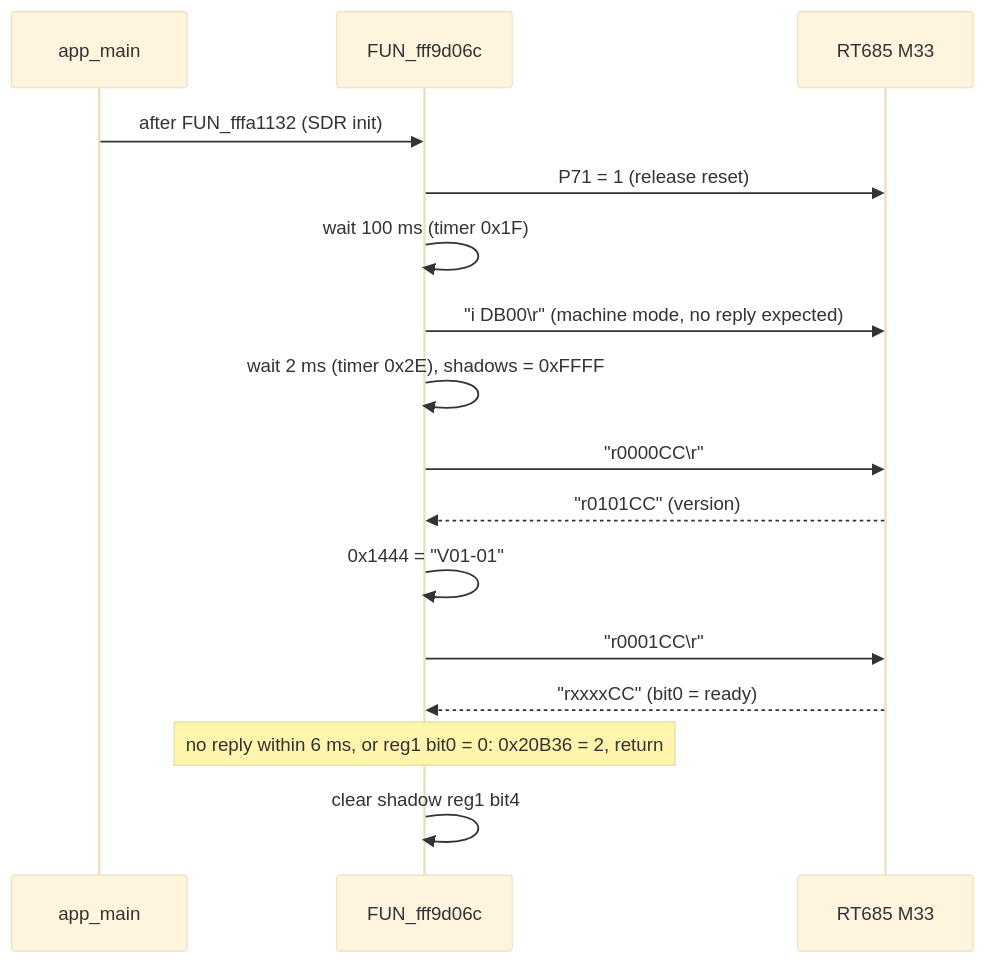
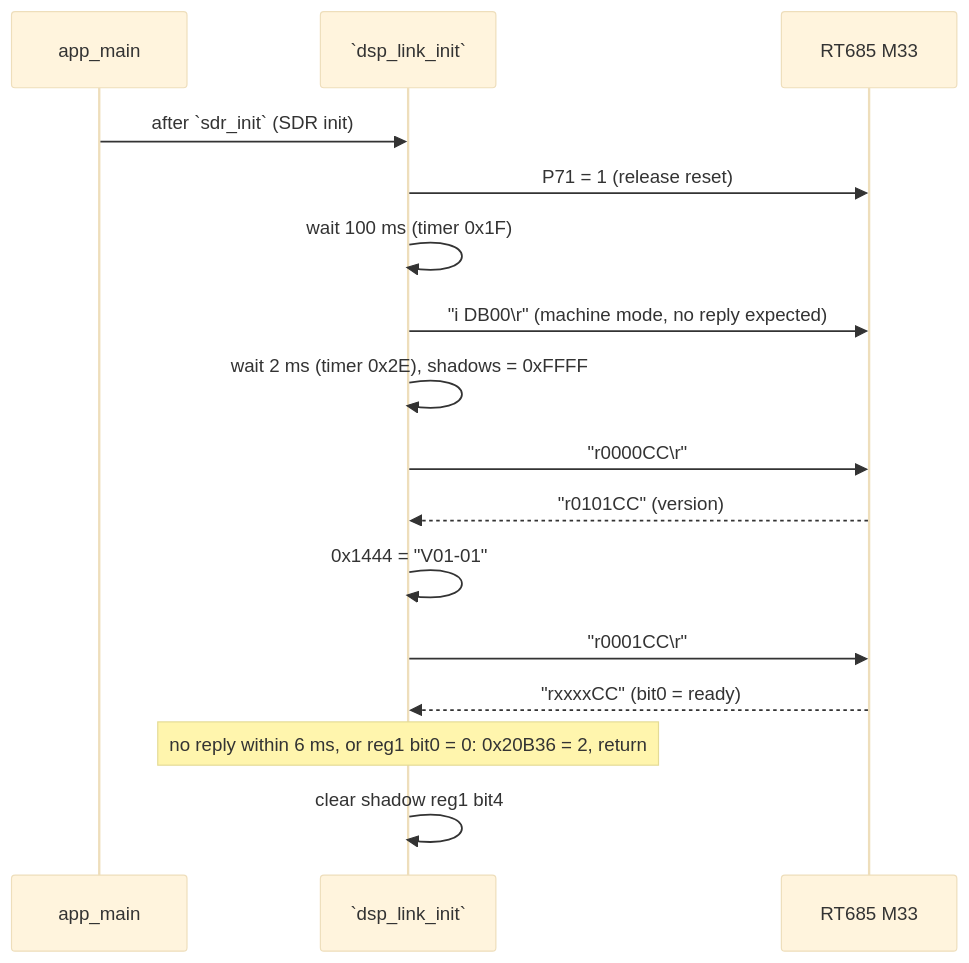
One commit to Reid-n0rc/FT-710_Firmware changed the second of 4 diagrams in docs/code/main/dsp-link.md. Above: the diagram before and after it, drawn with Mermaid (base theme). The commit also changed other lines of this file and 29 other files, not shown here.

````diff
--- a/docs/code/main/dsp-link.md
+++ b/docs/code/main/dsp-link.md
@@ -127,18 +126,18 @@
 ```mermaid
 sequenceDiagram
   participant A as app_main
-  participant I as FUN_fff9d06c
+  participant I as `dsp_link_init`
   participant D as RT685 M33
-  A->>I: after FUN_fffa1132 (SDR init)
+  A->>I: after `sdr_init` (SDR init)
   I->>D: P71 = 1 (release reset)
   I->>I: wait 100 ms (timer 0x1F)
   I->>D: "i DB00\r" (machine mode, no reply expected)
   I->>I: wait 2 ms (timer 0x2E), shadows = 0xFFFF
   I->>D: "r0000CC\r"
   D-->>I: "r0101CC" (version)
   I->>I: 0x1444 = "V01-01"
   I->>D: "r0001CC\r"
   D-->>I: "rxxxxCC" (bit0 = ready)
   Note over I: no reply within 6 ms, or reg1 bit0 = 0: 0x20B36 = 2, return
   I->>I: clear shadow reg1 bit4
 ```
````
